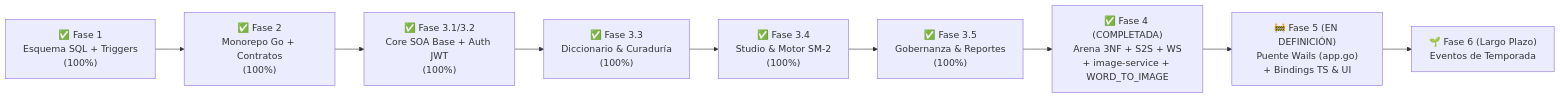
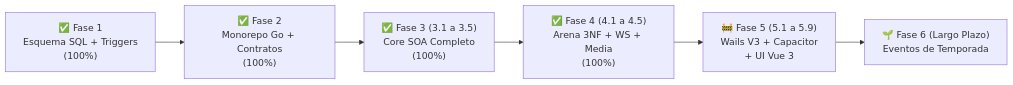
One commit to OGShawnLee/palabrario changed the first of 2 diagrams in .context/PLAN.md. Above: the diagram before and after it, drawn with Mermaid. The commit also changed other lines of this file and 82 other files, not shown here.

````diff
--- a/.context/PLAN.md
+++ b/.context/PLAN.md
@@ -24,11 +24,8 @@
 ```mermaid
 flowchart LR
     F1["✅ Fase 1\nEsquema SQL + Triggers\n(100%)"] --> F2["✅ Fase 2\nMonorepo Go + Contratos\n(100%)"]
-    F2 --> F31["✅ Fase 3.1/3.2\nCore SOA Base + Auth JWT\n(100%)"]
-    F31 --> F33["✅ Fase 3.3\nDiccionario & Curaduría\n(100%)"]
-    F33 --> F34["✅ Fase 3.4\nStudio & Motor SM-2\n(100%)"]
-    F34 --> F35["✅ Fase 3.5\nGobernanza & Reportes\n(100%)"]
-    F35 --> F4["✅ Fase 4 (COMPLETADA)\nArena 3NF + S2S + WS\n+ image-service + WORD_TO_IMAGE"]
-    F4 --> F5["🚧 Fase 5 (EN DEFINICIÓN)\nPuente Wails (app.go)\n+ Bindings TS & UI"]
+    F2 --> F3["✅ Fase 3 (3.1 a 3.5)\nCore SOA Completo\n(100%)"]
+    F3 --> F4["✅ Fase 4 (4.1 a 4.5)\nArena 3NF + WS + Media\n(100%)"]
+    F4 --> F5["🚧 Fase 5 (5.1 a 5.9)\nWails V3 + Capacitor\n+ UI Vue 3"]
     F5 --> F6["🌱 Fase 6 (Largo Plazo)\nEventos de Temporada"]
 ```
````
